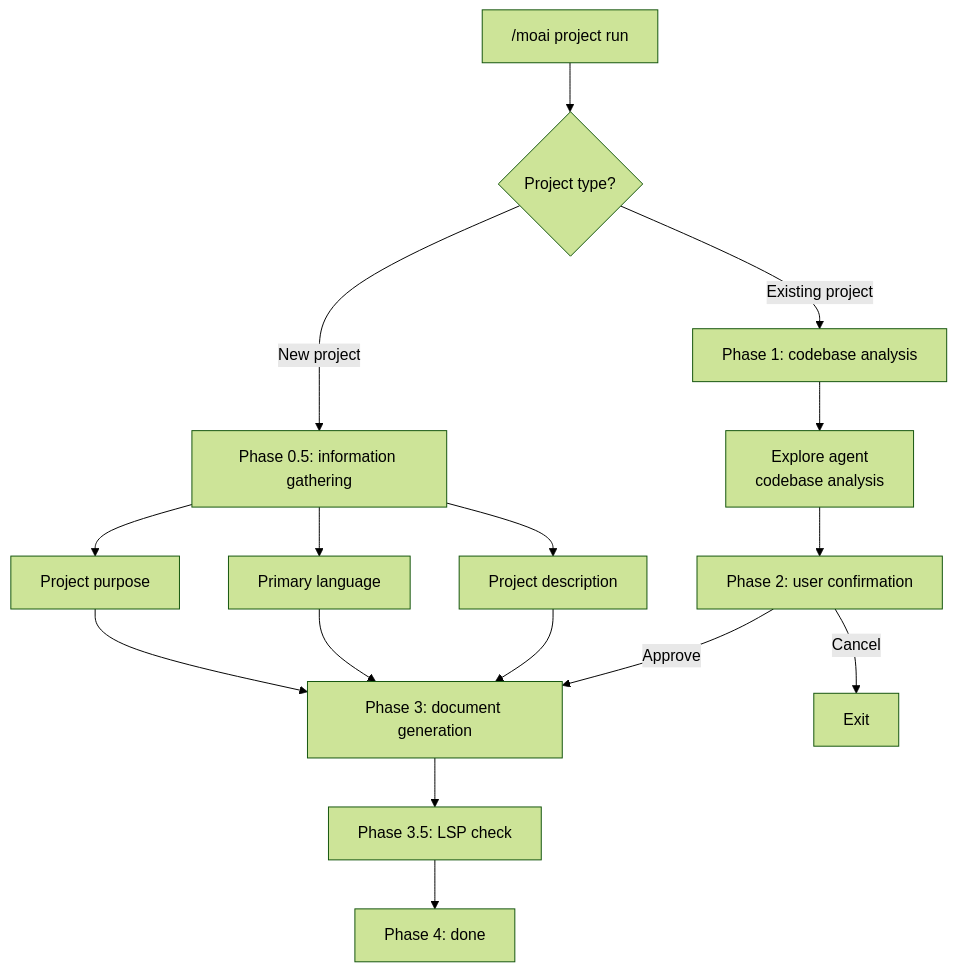
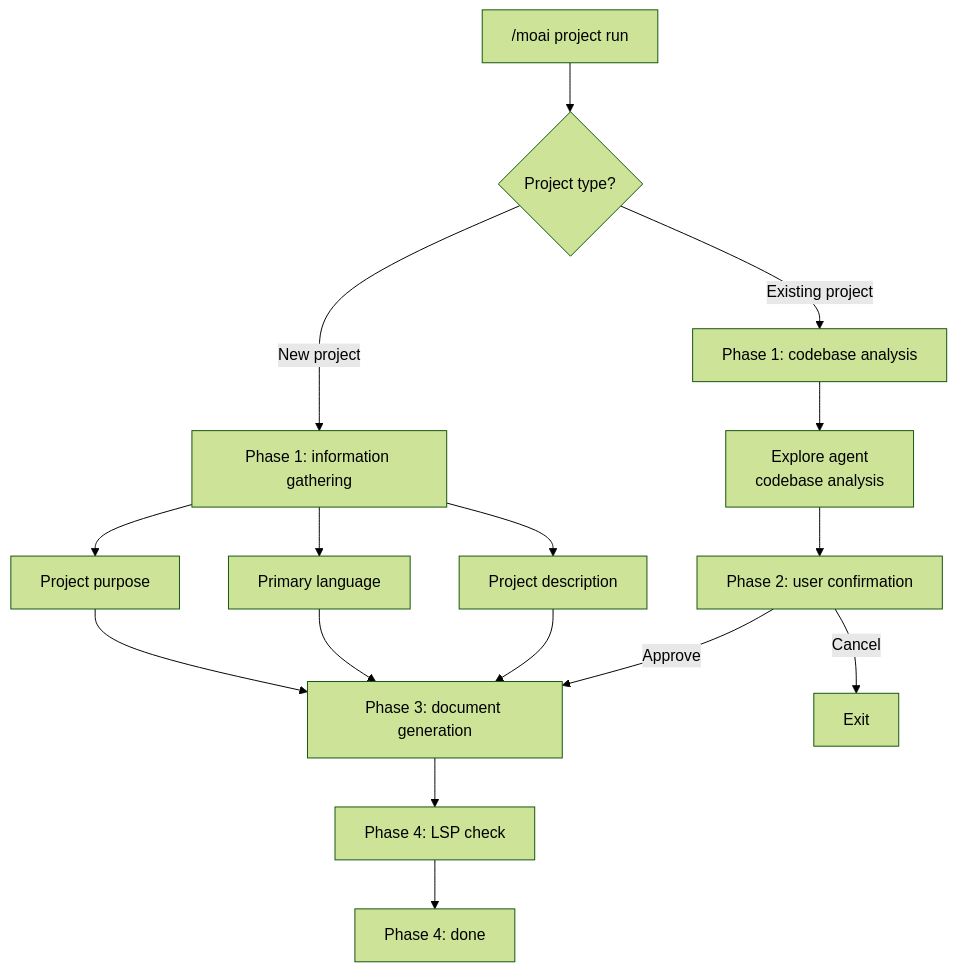
The first of 2 diagrams in docs-site/content/en/workflow-commands/moai-project.md (modu-ai/moai-adk), drawn with Mermaid (forest theme) before and after one commit. The commit also changed other lines of this file and 190 other files, not shown here.

````diff
--- a/docs-site/content/en/workflow-commands/moai-project.md
+++ b/docs-site/content/en/workflow-commands/moai-project.md
@@ -97,24 +97,24 @@
 ```mermaid
 flowchart TD
     Start["/moai project run"] --> Q1{Project type?}
 
-    Q1 -->|New project| New["Phase 0.5: information gathering"]
+    Q1 -->|New project| New["Phase 1: information gathering"]
     Q1 -->|Existing project| Exist["Phase 1: codebase analysis"]
 
     New --> NewQ["Project purpose"]
     New --> NewL["Primary language"]
     New --> NewD["Project description"]
 
     NewQ --> Gen["Phase 3: document generation"]
     NewL --> Gen
     NewD --> Gen
 
     Exist --> Exp["Explore agent<br/>codebase analysis"]
     Exp --> Conf["Phase 2: user confirmation"]
 
     Conf -->|Approve| Gen
     Conf -->|Cancel| End["Exit"]
 
-    Gen --> LSP["Phase 3.5: LSP check"]
+    Gen --> LSP["Phase 4: LSP check"]
     LSP --> Complete["Phase 4: done"]
 ```
````
